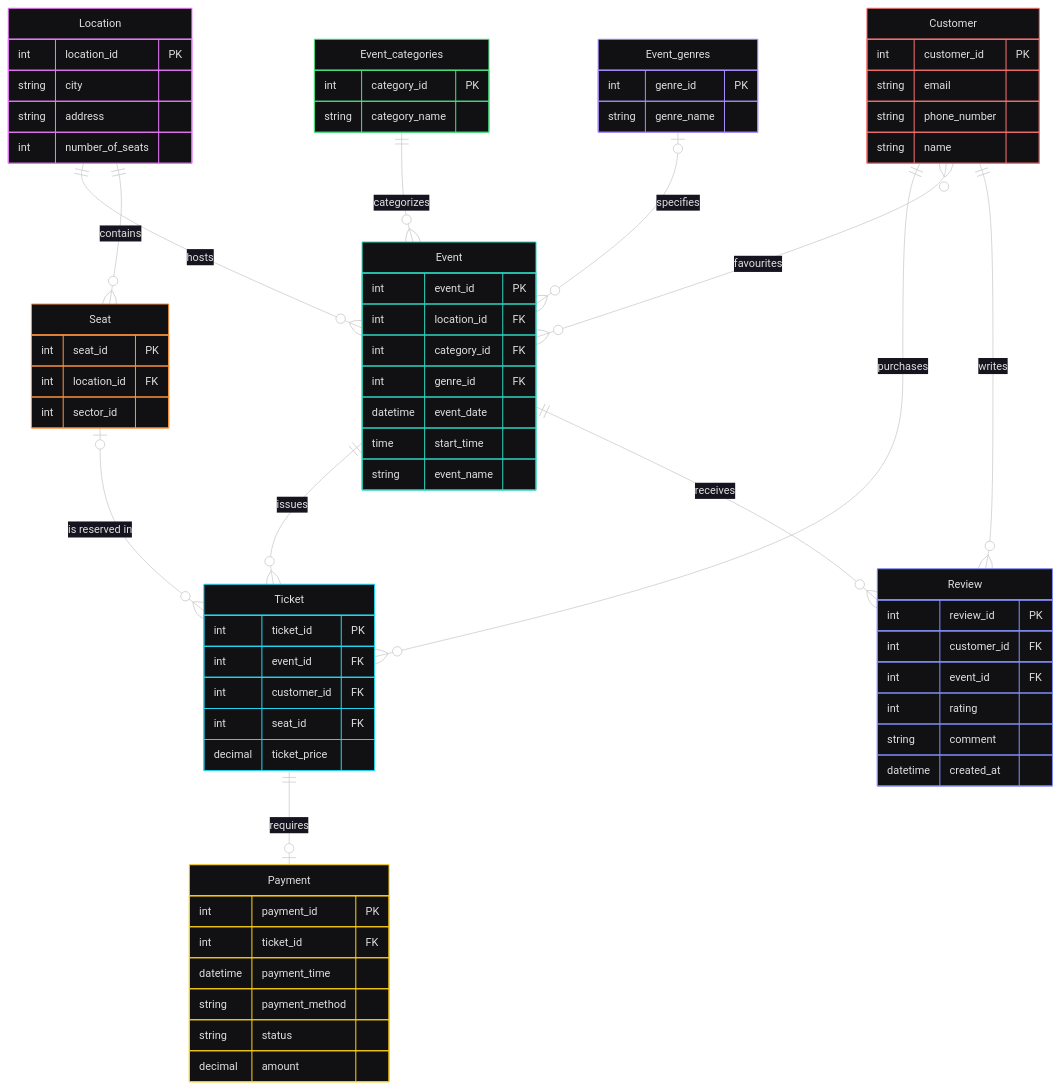
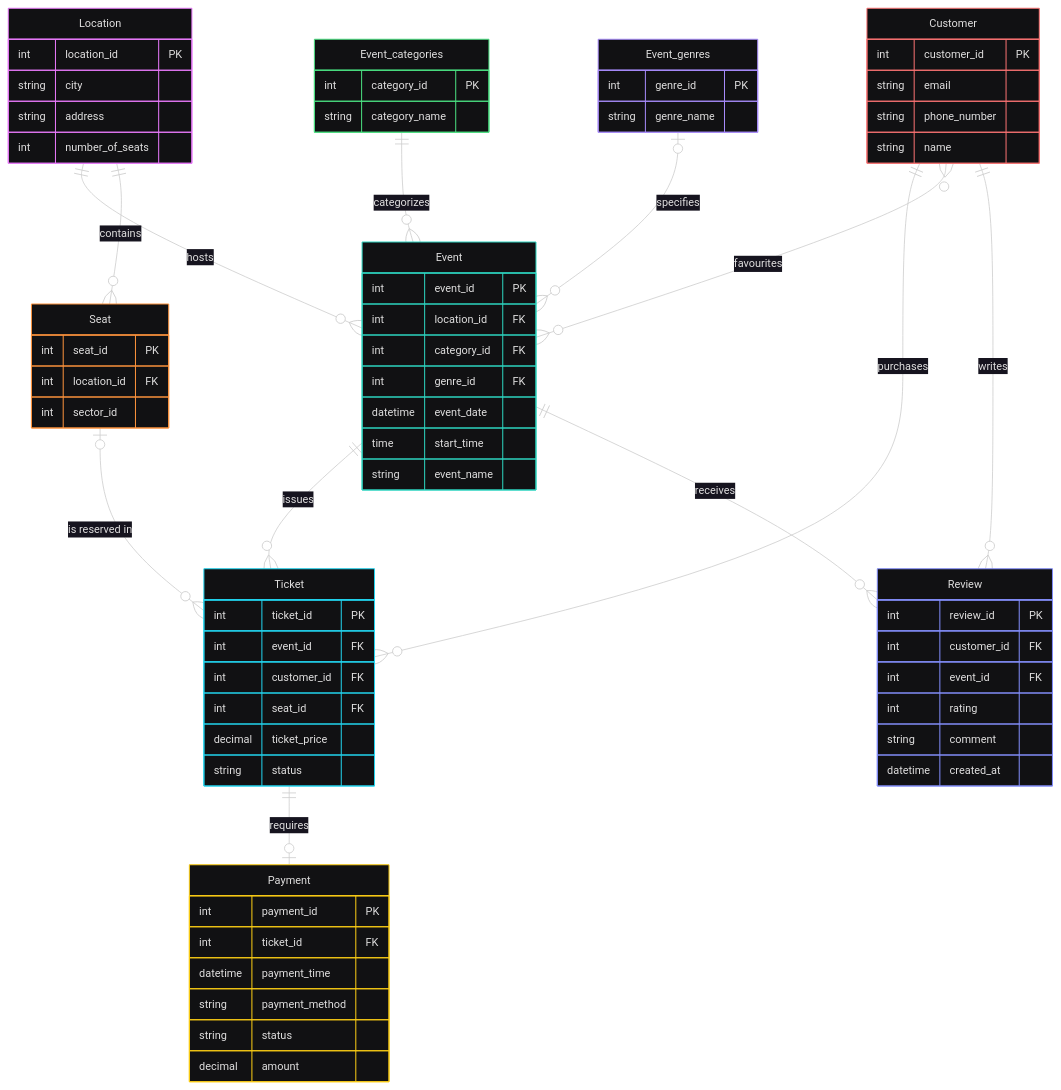
The diagram in lab1/diagram.mmd (anastasiiaaz/2-course-mavpz), drawn with Mermaid before and after one commit.

Commit message:
fix: add status attribute to ticket table

```diff
--- a/lab1/diagram.mmd
+++ b/lab1/diagram.mmd
@@ -1,84 +1,85 @@
 %%{
   init: {
     'theme': 'redux-dark-color'
   }
 }%%
 erDiagram
     Location ||--o{ Event : "hosts"
     Location ||--o{ Seat : "contains"
     Seat |o--o{ Ticket : "is reserved in"
     Event ||--o{ Ticket : "issues"
     Event_categories ||--o{ Event : "categorizes"
     Event_genres |o--o{ Event : "specifies"
     Customer ||--o{ Ticket : "purchases"
     Ticket ||--o| Payment : "requires"
     Customer }o--o{ Event : "favourites"
     
     Customer ||--o{ Review : "writes"
     Event ||--o{ Review : "receives"
 
     Location {
         int location_id PK
         string city
         string address
         int number_of_seats
     }
 
     Event {
         int event_id PK
         int location_id FK
         int category_id FK
         int genre_id FK
         datetime event_date
         time start_time
         string event_name
     }
 
     Event_categories {
         int category_id PK
         string category_name
     }
 
     Event_genres {
         int genre_id PK
         string genre_name
     }
 
     Customer {
         int customer_id PK
         string email
         string phone_number
         string name
     }
 
     Ticket {
         int ticket_id PK
         int event_id FK
         int customer_id FK
         int seat_id FK
         decimal ticket_price
+        string status
     }
 
     Payment {
         int payment_id PK
         int ticket_id FK
         datetime payment_time
         string payment_method
         string status
         decimal amount
     }
 
     Seat {
         int seat_id PK
         int location_id FK
         int sector_id
     }
 
     Review {
         int review_id PK
         int customer_id FK
         int event_id FK
         int rating
         string comment
         datetime created_at
     }
```
